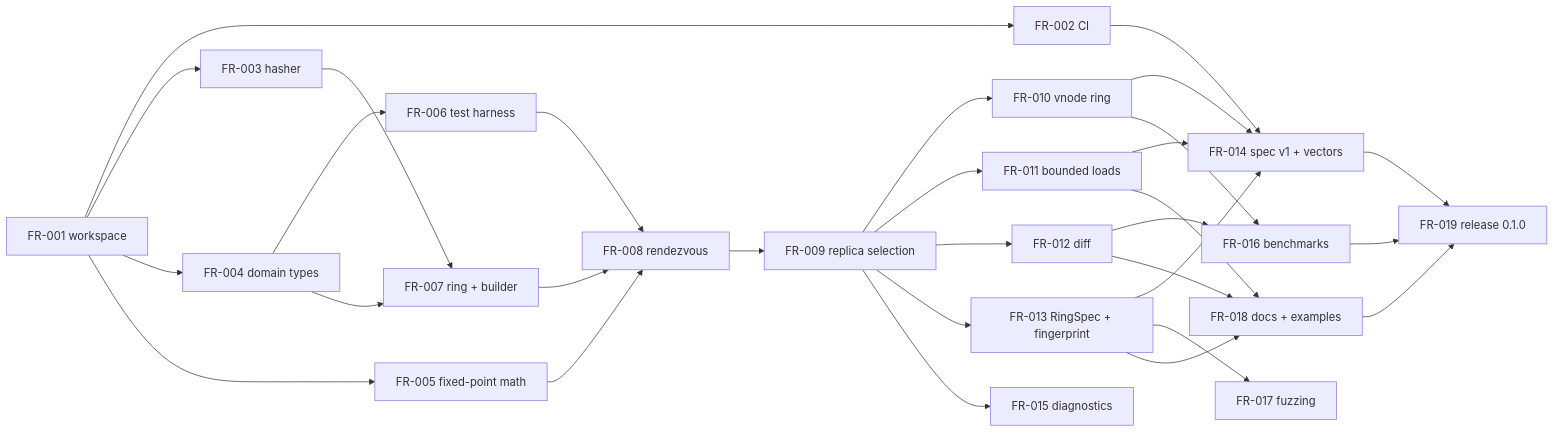
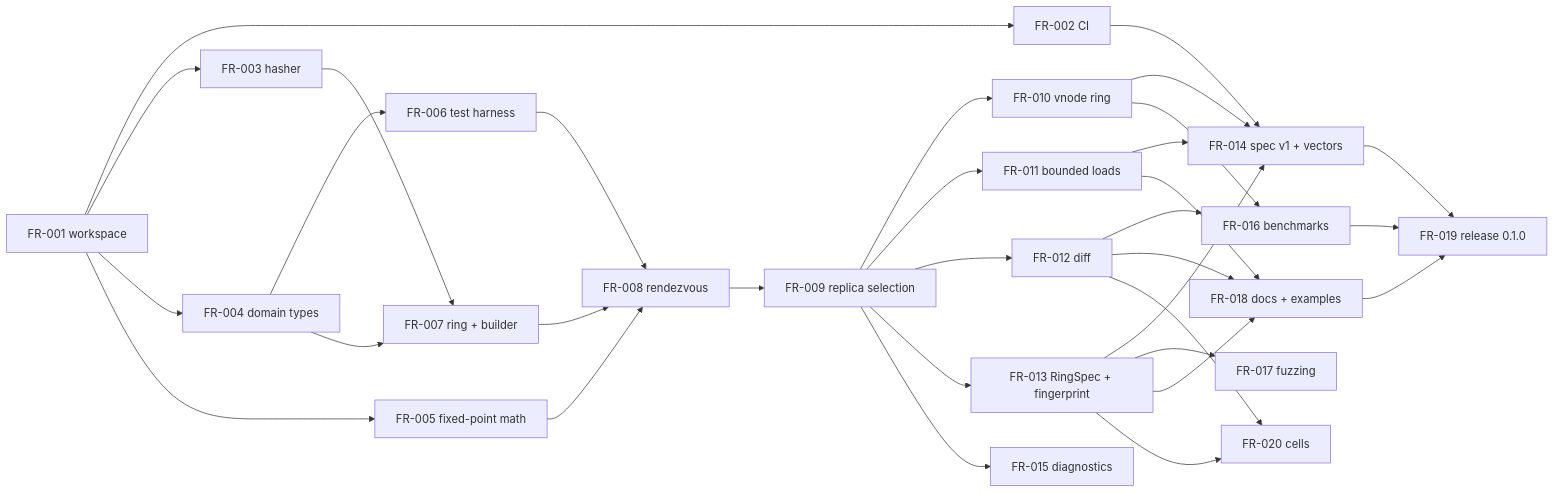
Before and after one commit to fleetring/fleetring: the diagram in docs/tickets/README.md, drawn with Mermaid. The commit also changed other lines of this file and 3 other files, not shown here.

````diff
--- a/docs/tickets/README.md
+++ b/docs/tickets/README.md
@@ -64,32 +65,34 @@
 ```mermaid
 flowchart LR
   FR001[FR-001 workspace] --> FR002[FR-002 CI]
   FR001 --> FR003[FR-003 hasher]
   FR001 --> FR004[FR-004 domain types]
   FR001 --> FR005[FR-005 fixed-point math]
   FR004 --> FR006[FR-006 test harness]
   FR003 --> FR007[FR-007 ring + builder]
   FR004 --> FR007
   FR005 --> FR008[FR-008 rendezvous]
   FR006 --> FR008
   FR007 --> FR008
   FR008 --> FR009[FR-009 replica selection]
   FR009 --> FR010[FR-010 vnode ring]
   FR009 --> FR011[FR-011 bounded loads]
   FR009 --> FR012[FR-012 diff]
   FR009 --> FR013[FR-013 RingSpec + fingerprint]
   FR009 --> FR015[FR-015 diagnostics]
   FR002 --> FR014[FR-014 spec v1 + vectors]
   FR010 --> FR014
   FR011 --> FR014
   FR013 --> FR014
   FR010 --> FR016[FR-016 benchmarks]
   FR012 --> FR016
   FR013 --> FR017[FR-017 fuzzing]
   FR011 --> FR018[FR-018 docs + examples]
   FR012 --> FR018
   FR013 --> FR018
   FR014 --> FR019[FR-019 release 0.1.0]
   FR016 --> FR019
   FR018 --> FR019
+  FR012 --> FR020[FR-020 cells]
+  FR013 --> FR020
 ```
````
